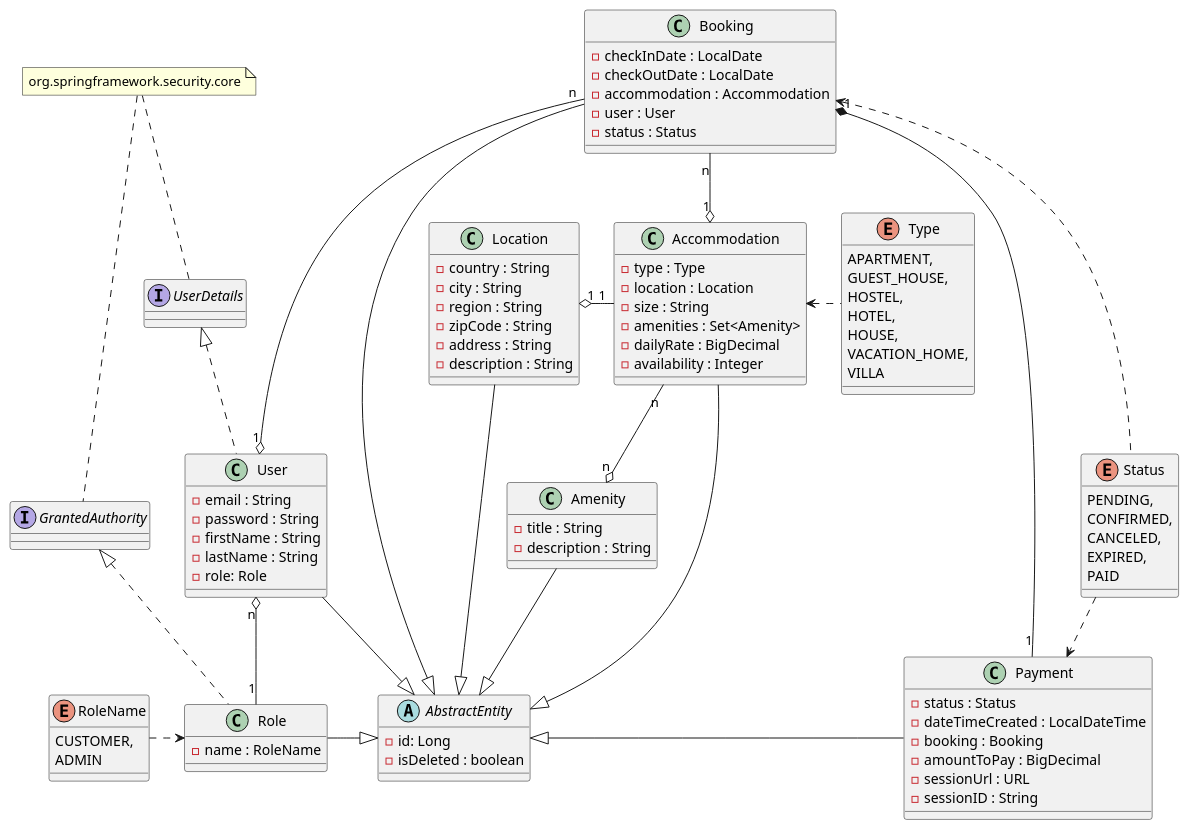
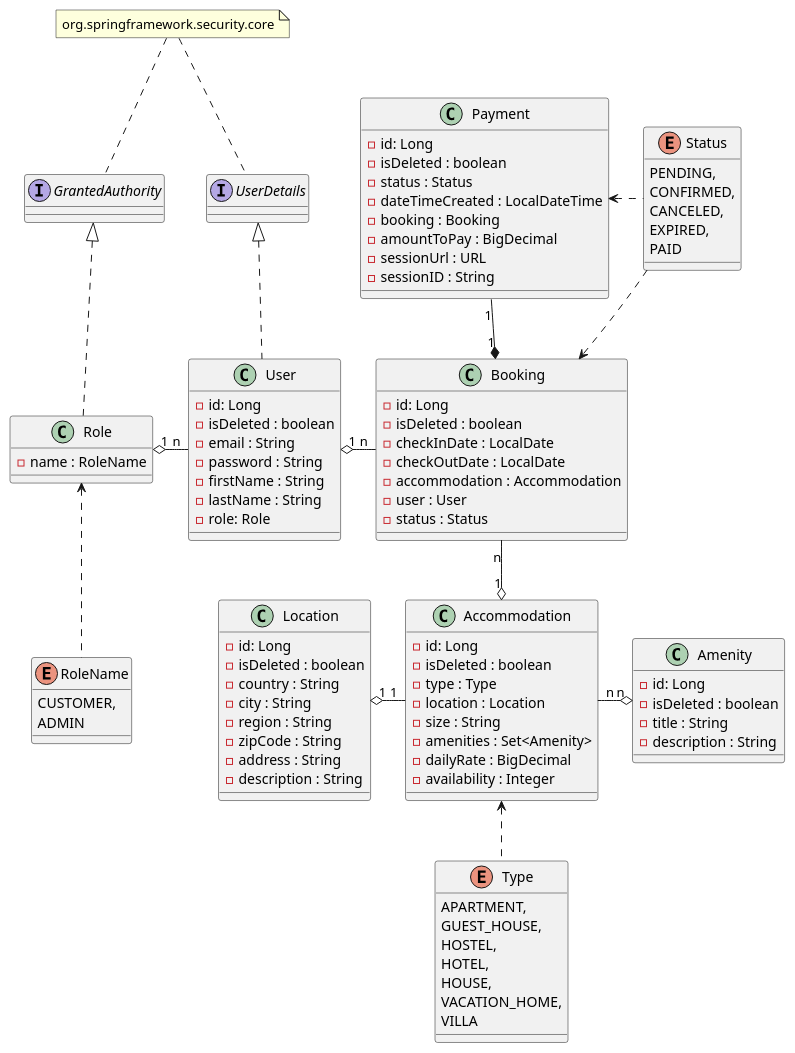
One commit to yanna-stepanova/AccommodationBookingService changed the diagram in UmlModel.puml. Above: the diagram before and after it, drawn with PlantUML. The commit also changed 9 other files, not shown here.

Commit message:
checked model and uml-diagram + README.md

```diff
--- a/UmlModel.puml
+++ b/UmlModel.puml
@@ -1,113 +1,114 @@
 @startuml
 
-abstract class AbstractEntity {
-- id: Long
-- isDeleted : boolean
-}
 interface UserDetails
 interface GrantedAuthority
 
 class Accommodation {
+- id: Long
+- isDeleted : boolean
 - type : Type
 - location : Location
 - size : String
 - amenities : Set<Amenity>
 - dailyRate : BigDecimal
 - availability : Integer
 }
 
 class Location {
+- id: Long
+- isDeleted : boolean
 - country : String
 - city : String
 - region : String
 - zipCode : String
 - address : String
 - description : String
 }
 
 class Amenity {
+- id: Long
+- isDeleted : boolean
 - title : String
 - description : String
 }
 
 class Role {
 - name : RoleName
 }
 
 
 class User {
+- id: Long
+- isDeleted : boolean
 - email : String
 - password : String
 - firstName : String
 - lastName : String
 - role: Role
 }
 
 class Booking {
+- id: Long
+- isDeleted : boolean
 - checkInDate : LocalDate
 - checkOutDate : LocalDate
 - accommodation : Accommodation
 - user : User
 - status : Status
 }
 
 class Payment {
+- id: Long
+- isDeleted : boolean
 - status : Status
 - dateTimeCreated : LocalDateTime
 - booking : Booking
 - amountToPay : BigDecimal
 - sessionUrl : URL
 - sessionID : String
 }
 
 enum Type {
     APARTMENT,
     GUEST_HOUSE,
     HOSTEL,
     HOTEL,
     HOUSE,
     VACATION_HOME,
     VILLA
 }
 
 enum RoleName {
     CUSTOMER,
     ADMIN
 }
 
 enum Status {
     PENDING,
     CONFIRMED,
     CANCELED,
     EXPIRED,
     PAID
 }
 
 note "org.springframework.security.core" as MyNote
 MyNote .. UserDetails
 MyNote .. GrantedAuthority
 
 UserDetails <|.. User
 GrantedAuthority <|.. Role
 
-Booking --|> AbstractEntity
-User -|> AbstractEntity
-Role -|> AbstractEntity
-Accommodation --|> AbstractEntity
-Location --|> AbstractEntity
-AbstractEntity <|- Payment
-Amenity --|> AbstractEntity
+Role "1" o- "n" User
+User "1" o- "n" Booking
+Location "1" o- "1" Accommodation
+Accommodation "n" -o "n" Amenity
+Booking "n" --o "1" Accommodation
+Payment "1" --* "1" Booking
 
-User "n" o-- "1" Role
-Booking "n" --o "1" User
-Location "1" o- "1" Accommodation
-Accommodation "n" --o "n" Amenity
-Booking "n" --o "1" Accommodation
-Booking "1" *-- "1" Payment
+Role <.. RoleName
+Accommodation <.. Type
+Payment <. Status
+Status ..> Booking
 
-RoleName .> Role
-Accommodation <. Type
-Booking <. Status
-Status ..> Payment
 
 @enduml
```
